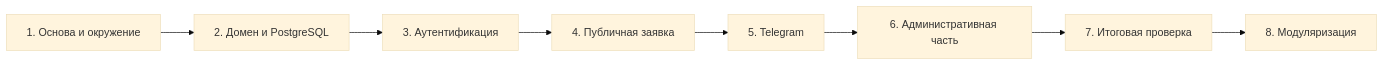
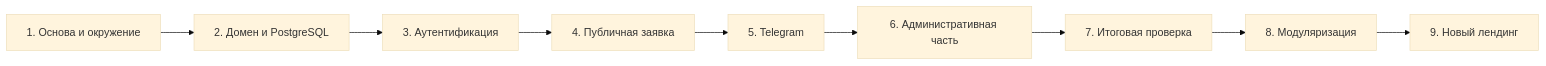
Before and after one commit to IronCrocks/LeadFlow: the diagram in IMPLEMENTATION_PLAN.md, drawn with Mermaid (base theme). The commit also changed other lines of this file and 15 other files, not shown here.

````diff
--- a/IMPLEMENTATION_PLAN.md
+++ b/IMPLEMENTATION_PLAN.md
@@ -26,10 +27,11 @@
 ```mermaid
 flowchart LR
     S1[1. Основа и окружение] --> S2[2. Домен и PostgreSQL]
     S2 --> S3[3. Аутентификация]
     S3 --> S4[4. Публичная заявка]
     S4 --> S5[5. Telegram]
     S5 --> S6[6. Административная часть]
     S6 --> S7[7. Итоговая проверка]
     S7 --> S8[8. Модуляризация]
+    S8 --> S9[9. Новый лендинг]
 ```
````
